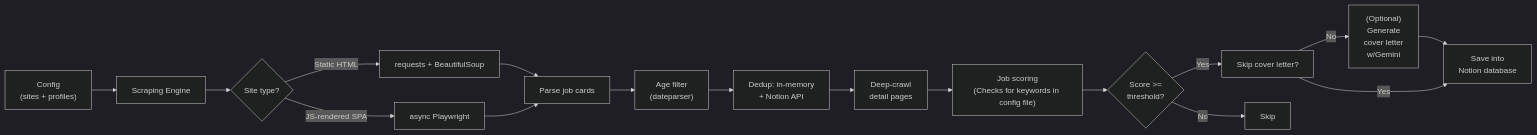
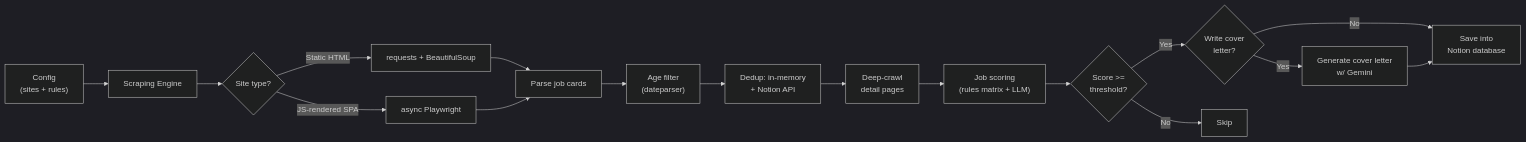
Before and after one commit to xinoHITO/automated-job-pipeline: the diagram in README.md, drawn with Mermaid (dark theme). The commit also changed other lines of this file and 1 other file, not shown here.

````diff
--- a/README.md
+++ b/README.md
@@ -42,19 +43,19 @@
 ```mermaid
 flowchart LR
-    A["Config<br/>(sites + profiles)"] --> B["Scraping Engine"]
+    A["Config<br/>(sites + rules)"] --> B["Scraping Engine"]
     B --> C{"Site type?"}
     C -->|"Static HTML"| D["requests + BeautifulSoup"]
     C -->|"JS-rendered SPA"| E["async Playwright"]
     D --> F["Parse job cards"]
     E --> F
     F --> G["Age filter<br/>(dateparser)"]
     G --> H["Dedup: in-memory<br/>+ Notion API"]
     H --> I["Deep-crawl<br/>detail pages"]
-    I --> J["Job scoring<br/>(Checks for keywords in config file)"]
+    I --> J["Job scoring<br/>(rules matrix + LLM)"]
     J --> K{"Score >=<br/>threshold?"}
-    K -->|"Yes"| O["Skip cover letter?"]
-    O -->|"No"| P["(Optional)<br/>Generate <br/>cover letter<br/>w/Gemini<br/>"]
-    P --> Q["Notion database"]
-    O -->|"Yes"| Q["Save into<br/>Notion database"]
+    K -->|"Yes"| O{"Write cover<br/>letter?"}
+    O -->|"No"| Q["Save into<br/>Notion database"]
+    O -->|"Yes"| P["Generate cover letter<br/>w/ Gemini"]
+    P --> Q
     K -->|"No"| Z["Skip"]
 ```
````
